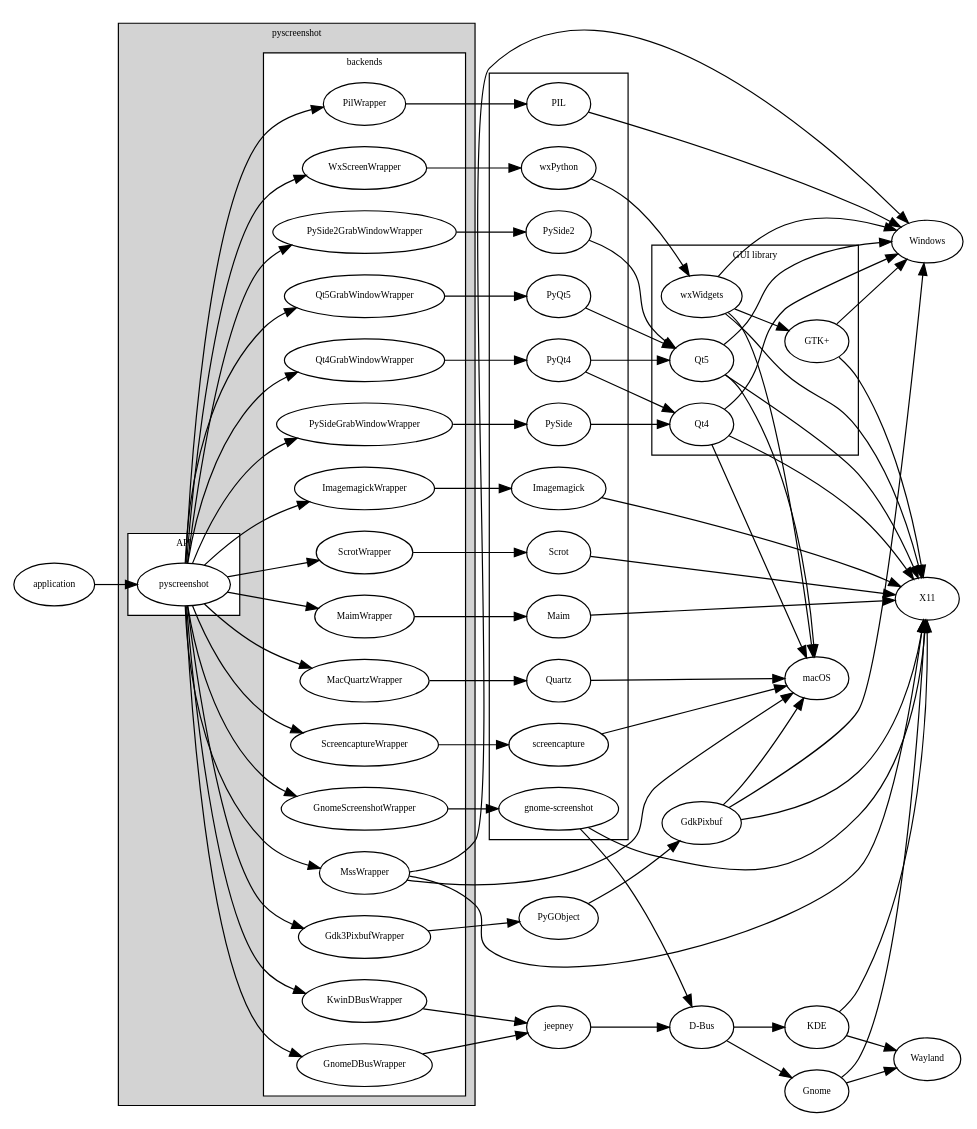
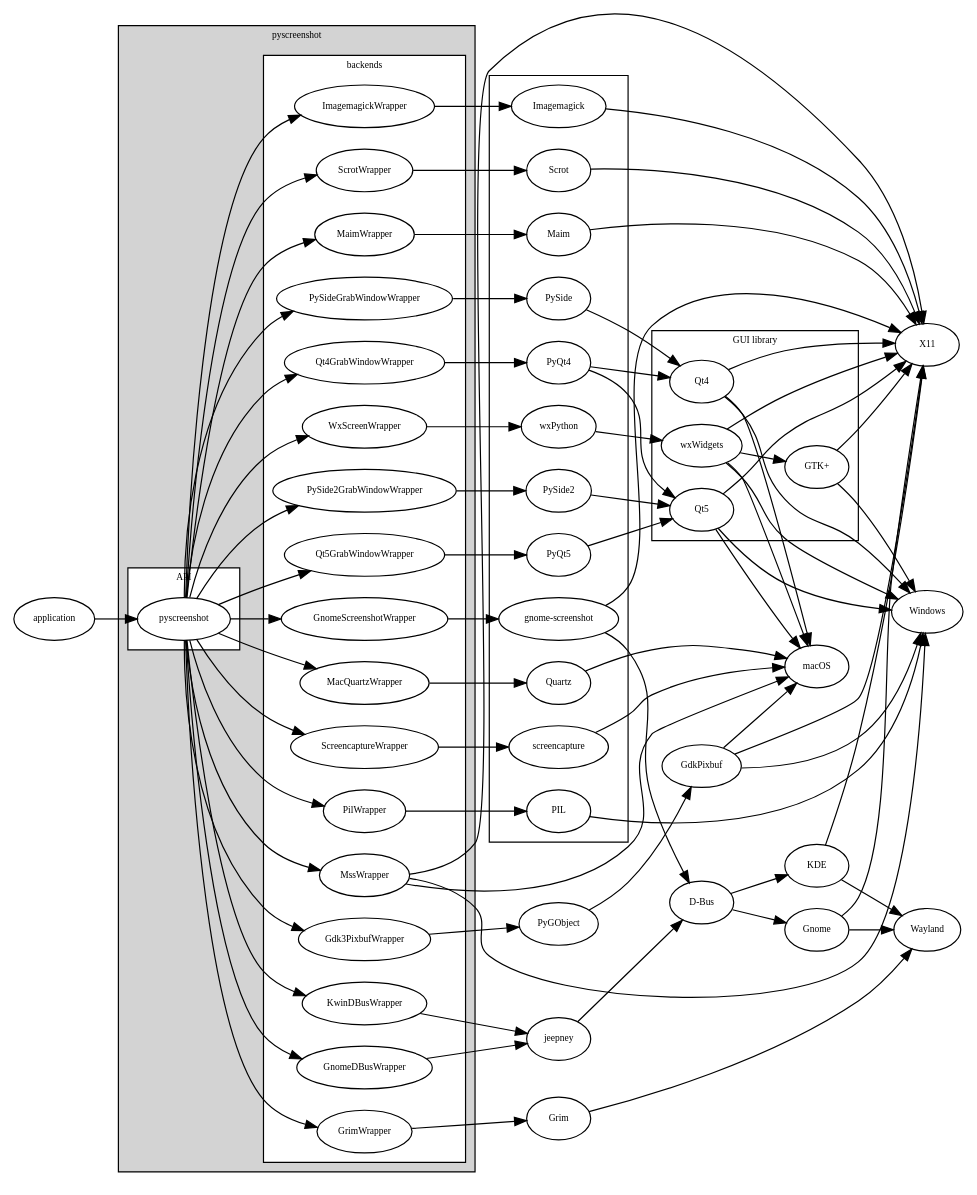
Before and after one commit to ponty/pyscreenshot: the diagram in doc/hierarchy.dot, drawn with Graphviz. The commit also changed 5 other files, not shown here.

Commit message:
add grim wrapper

```diff
--- a/doc/hierarchy.dot
+++ b/doc/hierarchy.dot
@@ -1,121 +1,124 @@
 digraph G {
     rankdir=LR;
     node [fontsize=8];
     fontsize=8;
 
     subgraph cluster_0 {
         label = "pyscreenshot";
         style=filled;
         fillcolor=lightgrey;
         subgraph cluster_1 {
             label = "API";
             style=filled;
             fillcolor=white;
 
             pyscreenshot;
         }
         subgraph cluster_2 {
             style=filled;
             fillcolor=white;
             label = "backends";
 
             pyscreenshot -> Qt4GrabWindowWrapper;
             pyscreenshot -> Qt5GrabWindowWrapper;
             pyscreenshot -> PySideGrabWindowWrapper;
             pyscreenshot -> PySide2GrabWindowWrapper;
             pyscreenshot -> PilWrapper;
             pyscreenshot -> ImagemagickWrapper;
             pyscreenshot -> WxScreenWrapper;
             pyscreenshot -> ScrotWrapper;
             pyscreenshot -> MaimWrapper;
             pyscreenshot -> MacQuartzWrapper
             pyscreenshot -> ScreencaptureWrapper
             pyscreenshot -> Gdk3PixbufWrapper
             pyscreenshot -> GnomeScreenshotWrapper
             pyscreenshot -> GnomeDBusWrapper
             pyscreenshot -> KwinDBusWrapper
             pyscreenshot -> MssWrapper
+            pyscreenshot -> GrimWrapper;
         }
     }
     subgraph cluster_3 {
         PIL;
         wxPython;
         PyQt4;
         PyQt5;
         PySide;
         PySide2;
         screencapture;
         Quartz;
         Scrot;
         Maim;
         Imagemagick;
         "gnome-screenshot";
     }
     subgraph cluster_4 {
         label = "GUI library";
         Qt4;
         Qt5;
         wxWidgets;
         "GTK+";
     }
 
     Qt4GrabWindowWrapper -> PyQt4 -> Qt4;
     PyQt4 -> Qt5;
     Qt5GrabWindowWrapper -> PyQt5 -> Qt5;
     PySideGrabWindowWrapper -> PySide -> Qt4;
     PySide2GrabWindowWrapper -> PySide2 -> Qt5;
     
     Qt4 -> macOS;
     Qt4 -> Windows;
     Qt4 -> X11;
     Qt5 -> macOS;
     Qt5 -> Windows;
     Qt5 -> X11;
 
     PilWrapper -> PIL -> Windows;
     ImagemagickWrapper -> Imagemagick -> X11;
     ScrotWrapper -> Scrot -> X11;
     MaimWrapper -> Maim -> X11;
 
     Gnome -> Wayland;
     Gnome -> X11;
     KDE -> Wayland;
     KDE -> X11;
 
     "D-Bus" -> Gnome;
     "D-Bus" -> KDE;
 
     jeepney-> "D-Bus";
 
     GnomeScreenshotWrapper -> "gnome-screenshot";
     "gnome-screenshot" -> X11;
     "gnome-screenshot" -> "D-Bus";
 
     GnomeDBusWrapper -> jeepney;
     KwinDBusWrapper -> jeepney;
 
     //"GTK+" -> macOS;
     "GTK+" -> Windows;
     "GTK+" -> X11;
 
     Gdk3PixbufWrapper -> PyGObject -> GdkPixbuf;
     GdkPixbuf -> macOS;
     GdkPixbuf -> Windows;
     GdkPixbuf -> X11;
 
     WxScreenWrapper -> wxPython -> wxWidgets;
     wxWidgets -> "GTK+";
     wxWidgets -> macOS;
     wxWidgets -> Windows;
     wxWidgets -> X11;
 
     MacQuartzWrapper -> Quartz -> macOS;
     ScreencaptureWrapper -> screencapture -> macOS;
 
     MssWrapper -> X11;
     MssWrapper -> macOS;
     MssWrapper -> Windows;
 
+    GrimWrapper -> Grim -> Wayland
+
     application -> pyscreenshot;
 
 }
```
